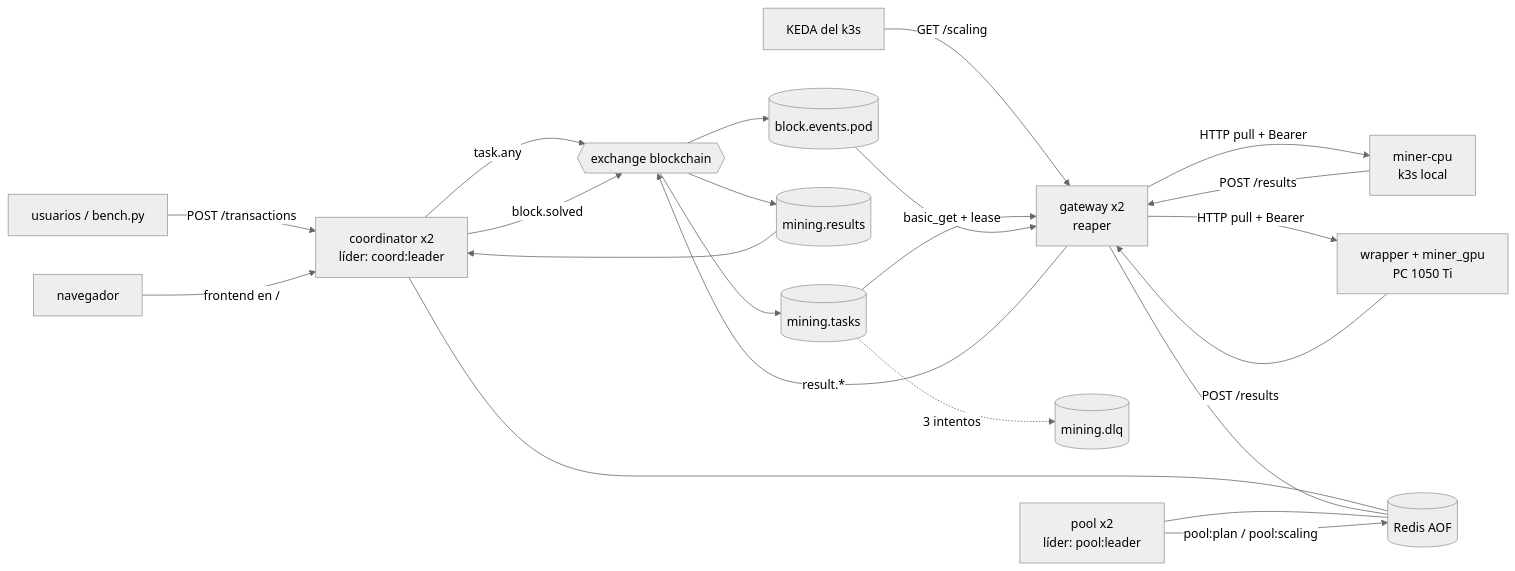
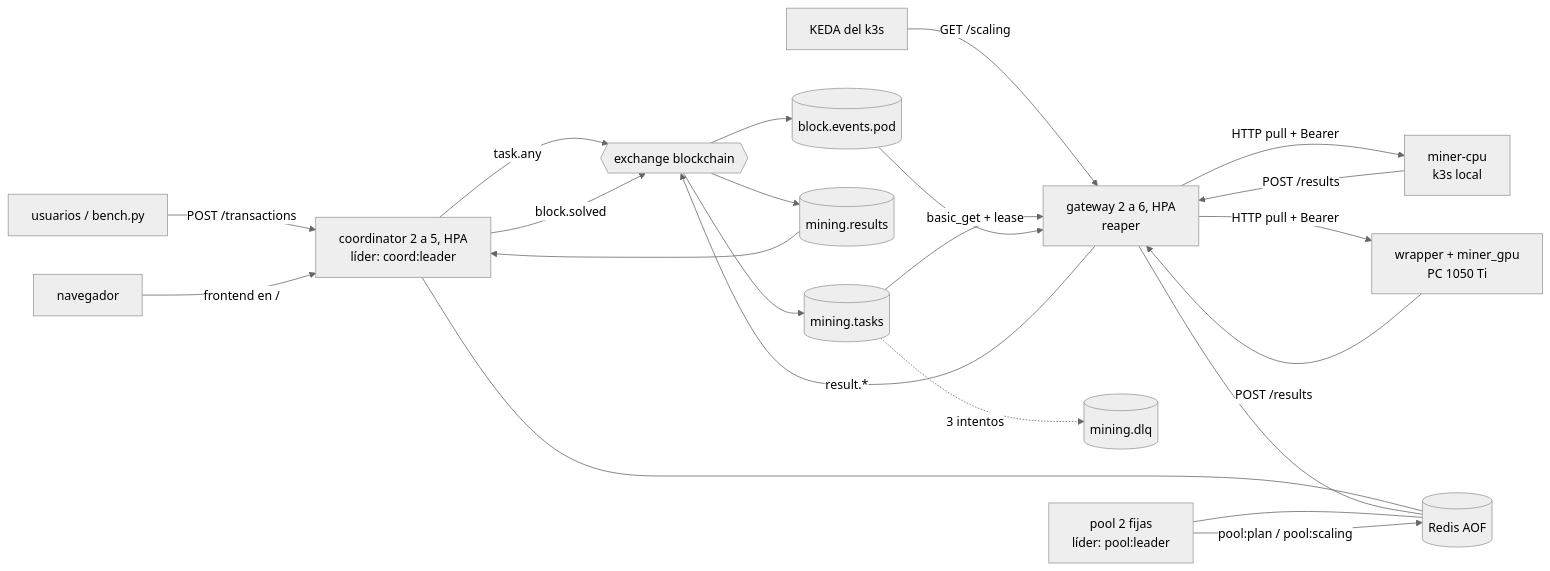
Before and after one commit to MateoPonti/TpIntegradorSDYPP: the diagram in pilar2/README.md, drawn with Mermaid (neutral theme). The commit also changed 2 other files, not shown here.

Commit message:
Diagramas: réplicas reales (coordinator 2-5 y gateway 2-6 con HPA, pool 2 fijas)

````diff
--- a/pilar2/README.md
+++ b/pilar2/README.md
@@ -44,17 +44,17 @@
 ```mermaid
 flowchart LR
-  U[usuarios / bench.py] -->|POST /transactions| C[coordinator x2<br/>líder: coord:leader]
+  U[usuarios / bench.py] -->|POST /transactions| C[coordinator 2 a 5, HPA<br/>líder: coord:leader]
   N[navegador] -->|frontend en /| C
   K[KEDA del k3s] -->|GET /scaling| G
   C -->|task.any| X{{exchange blockchain}}
   X --> T[(mining.tasks)]
-  T -->|basic_get + lease| G[gateway x2<br/>reaper]
+  T -->|basic_get + lease| G[gateway 2 a 6, HPA<br/>reaper]
   G -->|HTTP pull + Bearer| M1[miner-cpu<br/>k3s local]
   G -->|HTTP pull + Bearer| M2[wrapper + miner_gpu<br/>PC 1050 Ti]
   M1 & M2 -->|POST /results| G
   G -->|result.*| X --> R[(mining.results)] --> C
   C -->|block.solved| X --> E[(block.events.pod)] --> G
   T -.3 intentos.-> D[(mining.dlq)]
-  C & G & P[pool x2<br/>líder: pool:leader] --- RD[(Redis AOF)]
+  C & G & P[pool 2 fijas<br/>líder: pool:leader] --- RD[(Redis AOF)]
   P -->|pool:plan / pool:scaling| RD
 ```
````
